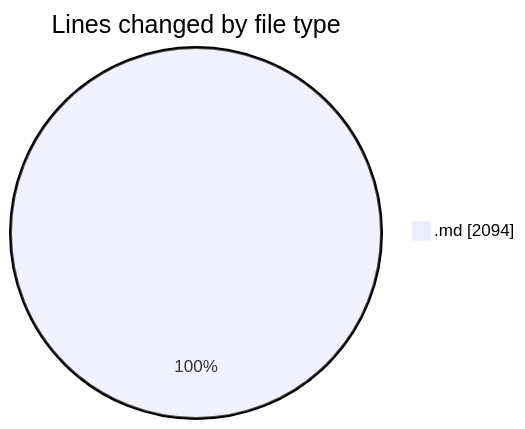
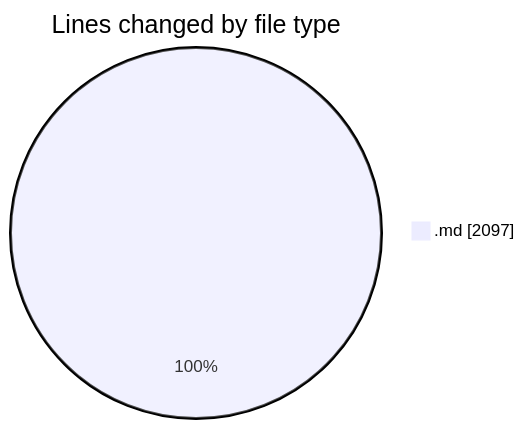
One commit to Ritupan-Deka/code-tracking changed the first of 2 diagrams in 2025-07-07/urlwebwala_intership_work/README.md. Above: the diagram before and after it, drawn with Mermaid. The commit also changed other lines of this file and 1 other file, not shown here.

````diff
--- a/2025-07-07/urlwebwala_intership_work/README.md
+++ b/2025-07-07/urlwebwala_intership_work/README.md
@@ -22,5 +22,5 @@
 ```mermaid
 pie showData
 title Lines changed by file type
-".md" : 2094
+".md" : 2097
 ```
````
